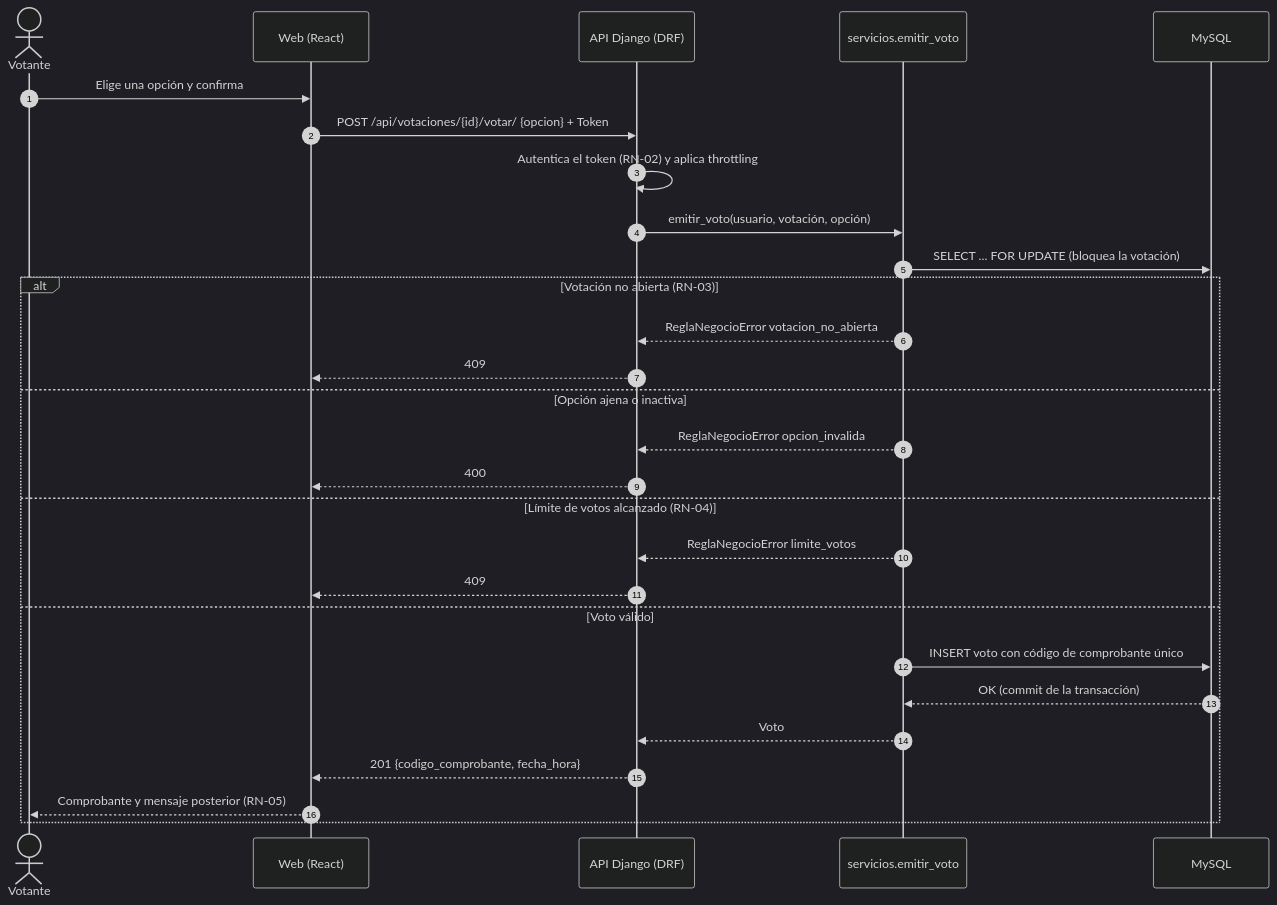
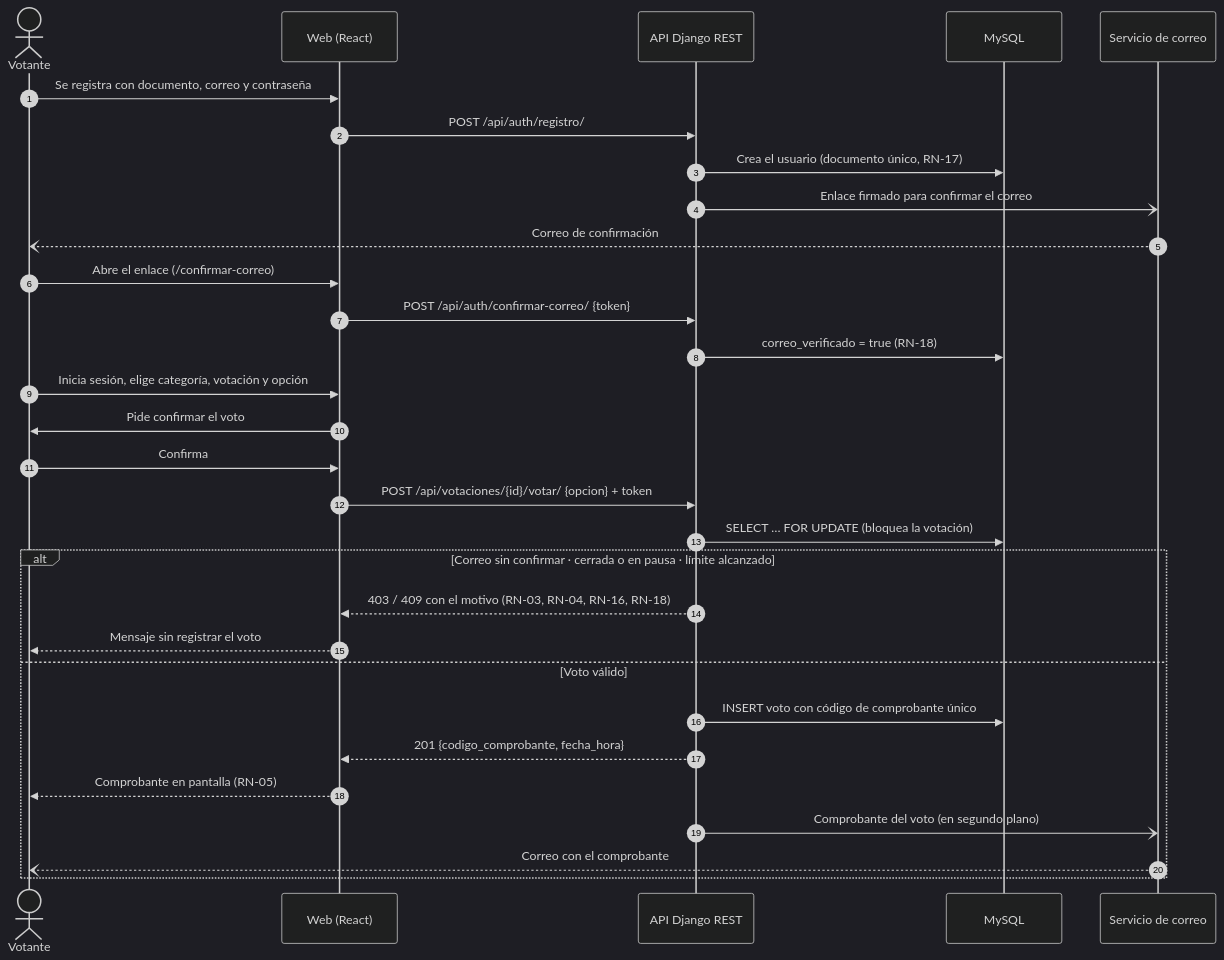
Before and after one commit to juandiegows/votaciones-festival-vallenato: the diagram in docs/api/diagramas/02-secuencia-emitir-voto.mmd, drawn with Mermaid (dark theme). The commit also changed 4 other files, not shown here.

First line of the commit message:
Actualizar el modelo entidad-relación y la secuencia del voto

```diff
--- a/docs/api/diagramas/02-secuencia-emitir-voto.mmd
+++ b/docs/api/diagramas/02-secuencia-emitir-voto.mmd
@@ -1,28 +1,30 @@
 sequenceDiagram
     autonumber
     actor V as Votante
     participant W as Web (React)
-    participant A as API Django (DRF)
-    participant S as servicios.emitir_voto
+    participant A as API Django REST
     participant DB as MySQL
-    V->>W: Elige una opción y confirma
-    W->>A: POST /api/votaciones/{id}/votar/ {opcion} + Token
-    A->>A: Autentica el token (RN-02) y aplica throttling
-    A->>S: emitir_voto(usuario, votación, opción)
-    S->>DB: SELECT ... FOR UPDATE (bloquea la votación)
-    alt Votación no abierta (RN-03)
-        S-->>A: ReglaNegocioError votacion_no_abierta
-        A-->>W: 409
-    else Opción ajena o inactiva
-        S-->>A: ReglaNegocioError opcion_invalida
-        A-->>W: 400
-    else Límite de votos alcanzado (RN-04)
-        S-->>A: ReglaNegocioError limite_votos
-        A-->>W: 409
+    participant C as Servicio de correo
+    V->>W: Se registra con documento, correo y contraseña
+    W->>A: POST /api/auth/registro/
+    A->>DB: Crea el usuario (documento único, RN-17)
+    A-)C: Enlace firmado para confirmar el correo
+    C--)V: Correo de confirmación
+    V->>W: Abre el enlace (/confirmar-correo)
+    W->>A: POST /api/auth/confirmar-correo/ {token}
+    A->>DB: correo_verificado = true (RN-18)
+    V->>W: Inicia sesión, elige categoría, votación y opción
+    W->>V: Pide confirmar el voto
+    V->>W: Confirma
+    W->>A: POST /api/votaciones/{id}/votar/ {opcion} + token
+    A->>DB: SELECT … FOR UPDATE (bloquea la votación)
+    alt Correo sin confirmar · cerrada o en pausa · límite alcanzado
+        A-->>W: 403 / 409 con el motivo (RN-03, RN-04, RN-16, RN-18)
+        W-->>V: Mensaje sin registrar el voto
     else Voto válido
-        S->>DB: INSERT voto con código de comprobante único
-        DB-->>S: OK (commit de la transacción)
-        S-->>A: Voto
+        A->>DB: INSERT voto con código de comprobante único
         A-->>W: 201 {codigo_comprobante, fecha_hora}
-        W-->>V: Comprobante y mensaje posterior (RN-05)
+        W-->>V: Comprobante en pantalla (RN-05)
+        A-)C: Comprobante del voto (en segundo plano)
+        C--)V: Correo con el comprobante
     end
```
